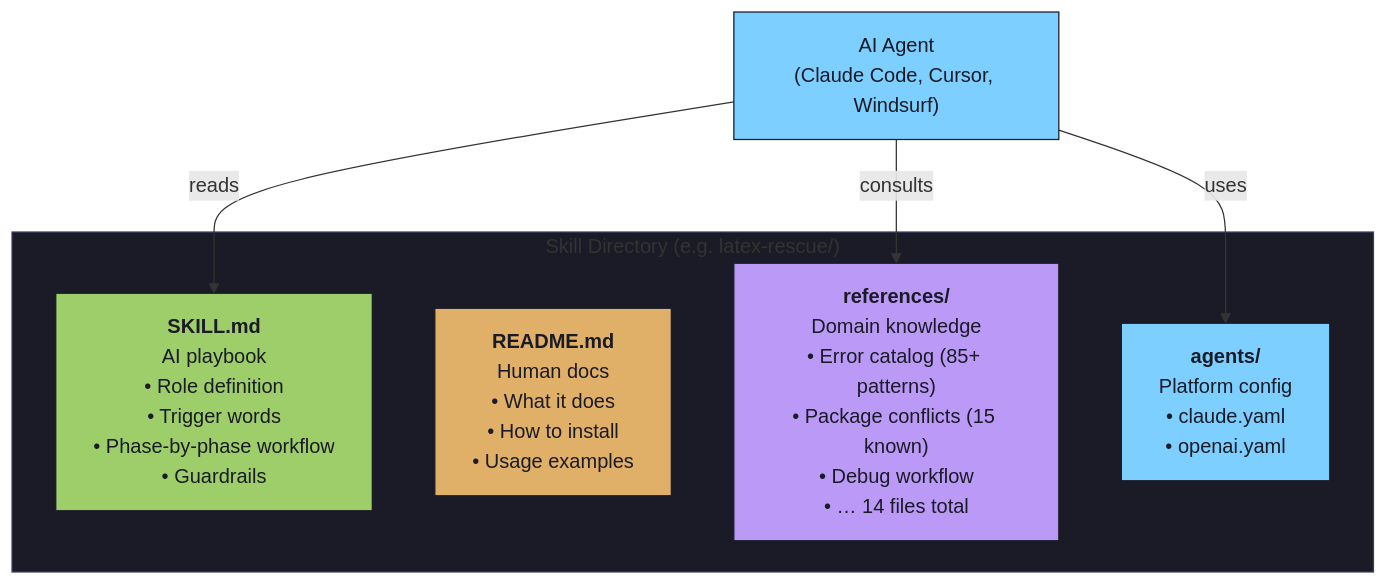
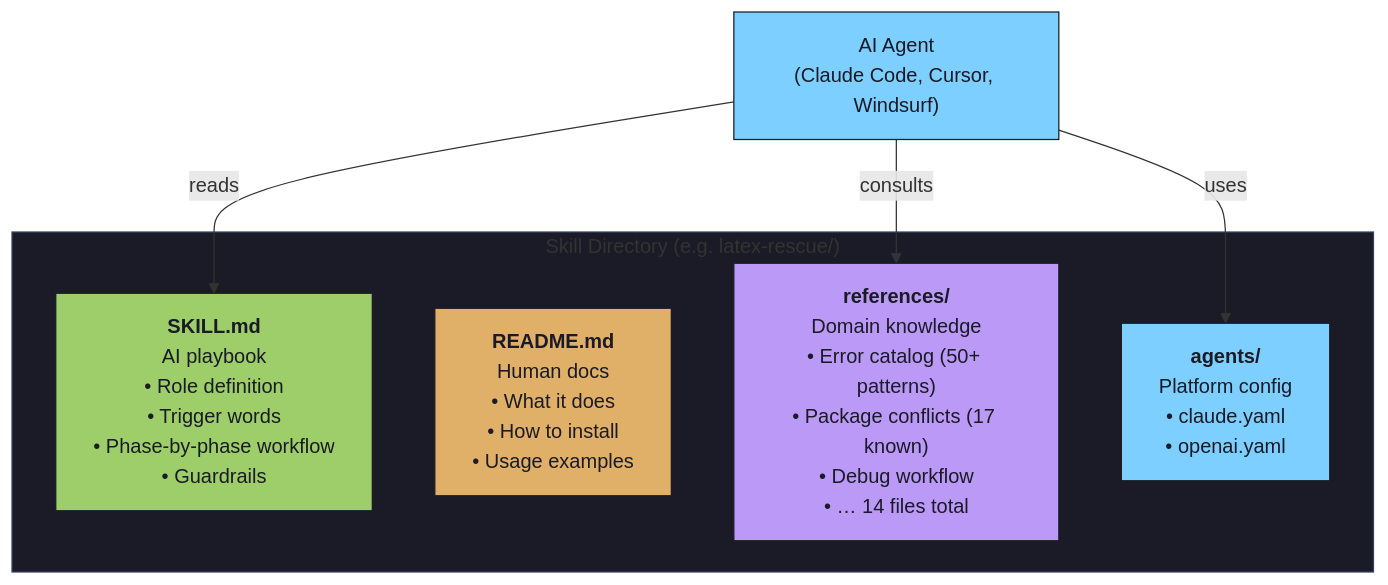
One commit to Calix-L/awesome-latex-skills changed the second of 2 diagrams in README.md. Above: the diagram before and after it, drawn with Mermaid. The commit also changed other lines of this file and 10 other files, not shown here.

````diff
--- a/README.md
+++ b/README.md
@@ -155,20 +155,20 @@
 ```mermaid
 flowchart TB
     subgraph Skill["Skill Directory (e.g. latex-rescue/)"]
         SKILL["<b>SKILL.md</b><br/>AI playbook<br/>• Role definition<br/>• Trigger words<br/>• Phase-by-phase workflow<br/>• Guardrails"]
         README["<b>README.md</b><br/>Human docs<br/>• What it does<br/>• How to install<br/>• Usage examples"]
-        REFS["<b>references/</b><br/>Domain knowledge<br/>• Error catalog (85+ patterns)<br/>• Package conflicts (15 known)<br/>• Debug workflow<br/>• … 14 files total"]
+        REFS["<b>references/</b><br/>Domain knowledge<br/>• Error catalog (50+ patterns)<br/>• Package conflicts (17 known)<br/>• Debug workflow<br/>• … 14 files total"]
         AGENTS["<b>agents/</b><br/>Platform config<br/>• claude.yaml<br/>• openai.yaml"]
     end
 
     AI["AI Agent<br/>(Claude Code, Cursor, Windsurf)"] -->|reads| SKILL
     AI -->|consults| REFS
     AI -->|uses| AGENTS
 
     style AI fill:#7dcfff,stroke:#1a1b26,color:#1a1b26
     style Skill fill:#1a1b26,stroke:#3b4261
     style SKILL fill:#9ece6a,stroke:#1a1b26,color:#1a1b26
     style README fill:#e0af68,stroke:#1a1b26,color:#1a1b26
     style REFS fill:#bb9af7,stroke:#1a1b26,color:#1a1b26
     style AGENTS fill:#7dcfff,stroke:#1a1b26,color:#1a1b26
 ```
````
